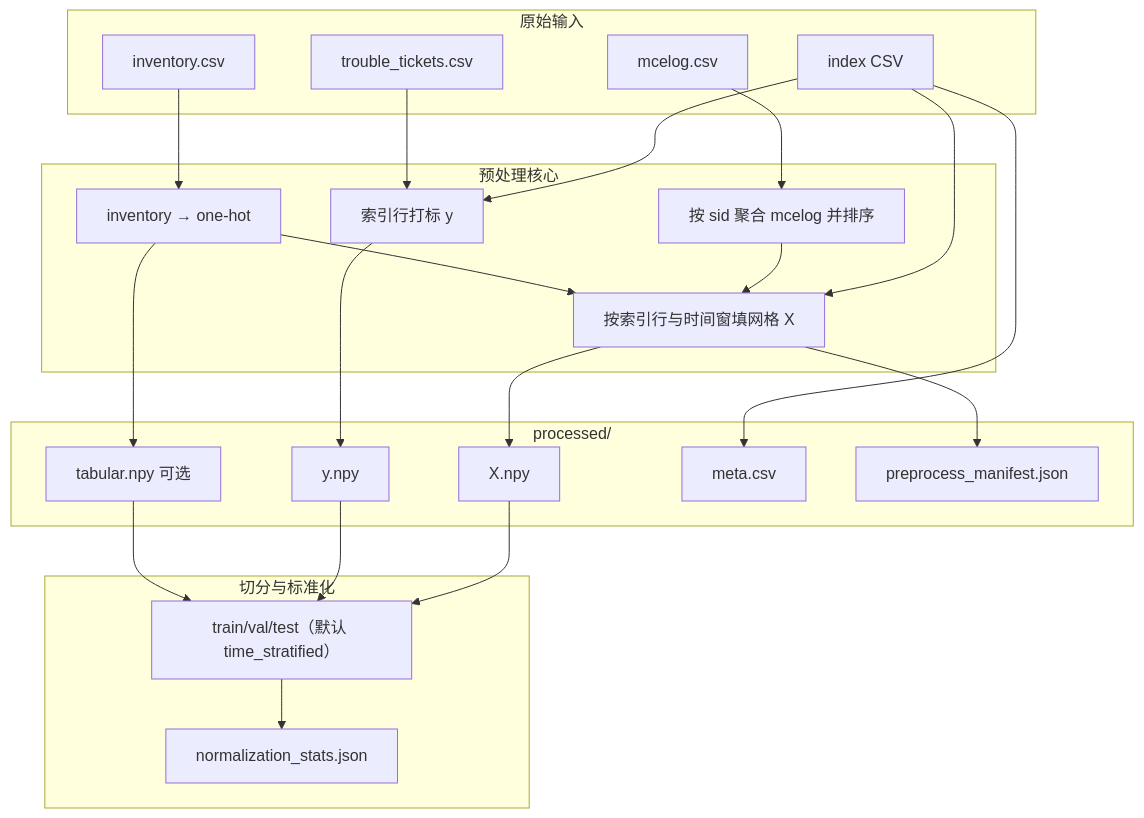
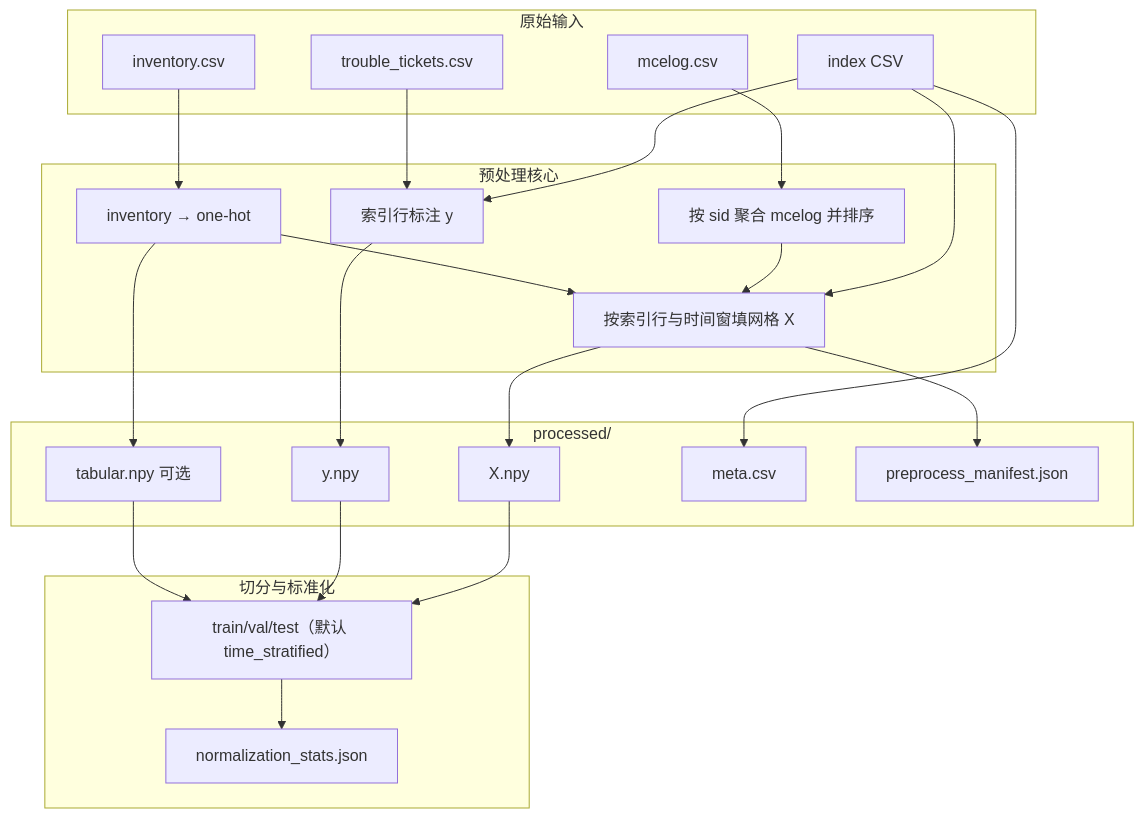
The diagram in docs/data_processing_guide.md (amunlau/dram_cnn), drawn with Mermaid before and after one commit. The commit also changed other lines of this file and 107 other files, not shown here.

````diff
--- a/docs/data_processing_guide.md
+++ b/docs/data_processing_guide.md
@@ -72,40 +72,40 @@
 ```mermaid
 flowchart TB
   subgraph inputs [原始输入]
     IDX[index CSV]
     MC[mcelog.csv]
     TK[trouble_tickets.csv]
     INV[inventory.csv]
   end
   subgraph prep [预处理核心]
     E[按 sid 聚合 mcelog 并排序]
-    L[索引行打标 y]
+    L[索引行标注 y]
     T[inventory → one-hot]
     G[按索引行与时间窗填网格 X]
   end
   subgraph out [processed/]
     Xn[X.npy]
     Yn[y.npy]
     TAB[tabular.npy 可选]
     META[meta.csv]
     MAN[preprocess_manifest.json]
   end
   subgraph split [切分与标准化]
     SP["train/val/test（默认 time_stratified）"]
     NS[normalization_stats.json]
   end
   IDX --> L
   IDX --> G
   MC --> E --> G
   TK --> L
   INV --> T --> G
   L --> Yn
   G --> Xn
   T --> TAB
   IDX --> META
   G --> MAN
   Xn --> SP
   Yn --> SP
   TAB --> SP
   SP --> NS
 ```
````
